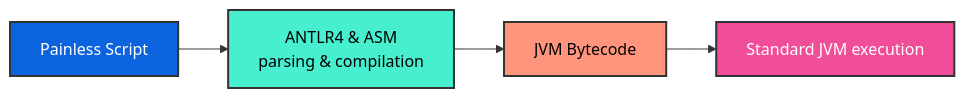
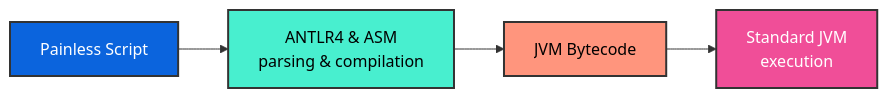
The first of 2 diagrams in docs/reference/scripting-languages/painless/painless-language-specification.md (elastic/elasticsearch), drawn with Mermaid before and after one commit.

````diff
--- a/docs/reference/scripting-languages/painless/painless-language-specification.md
+++ b/docs/reference/scripting-languages/painless/painless-language-specification.md
@@ -36,16 +36,16 @@
 ```mermaid
 flowchart LR
     A[Painless Script] --> B[ANTLR4 & ASM<br/>parsing & compilation]
     B --> C[JVM Bytecode] 
-    C --> D[Standard JVM execution]
+    C --> D[Standard JVM<br/>execution]
     
     classDef elasticBlue fill:#0B64DD,stroke:#333,stroke-width:2px,color:#fff
     classDef lightTeal fill:#48EFCF,stroke:#333,stroke-width:2px,color:#000
     classDef lightPoppy fill:#FF957D,stroke:#333,stroke-width:2px,color:#000
     classDef pink fill:#F04E98,stroke:#333,stroke-width:2px,color:#fff
     
     class A elasticBlue
     class B lightTeal
     class C lightPoppy
     class D pink
 ```
````
